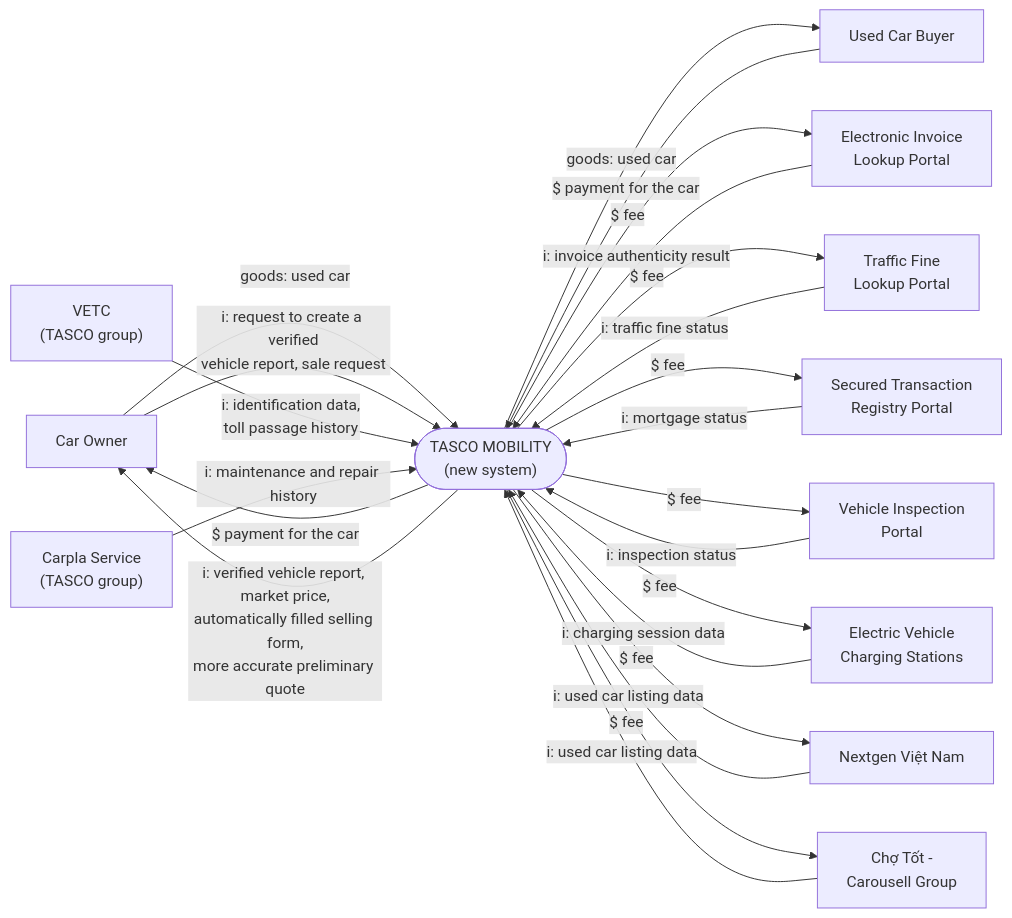
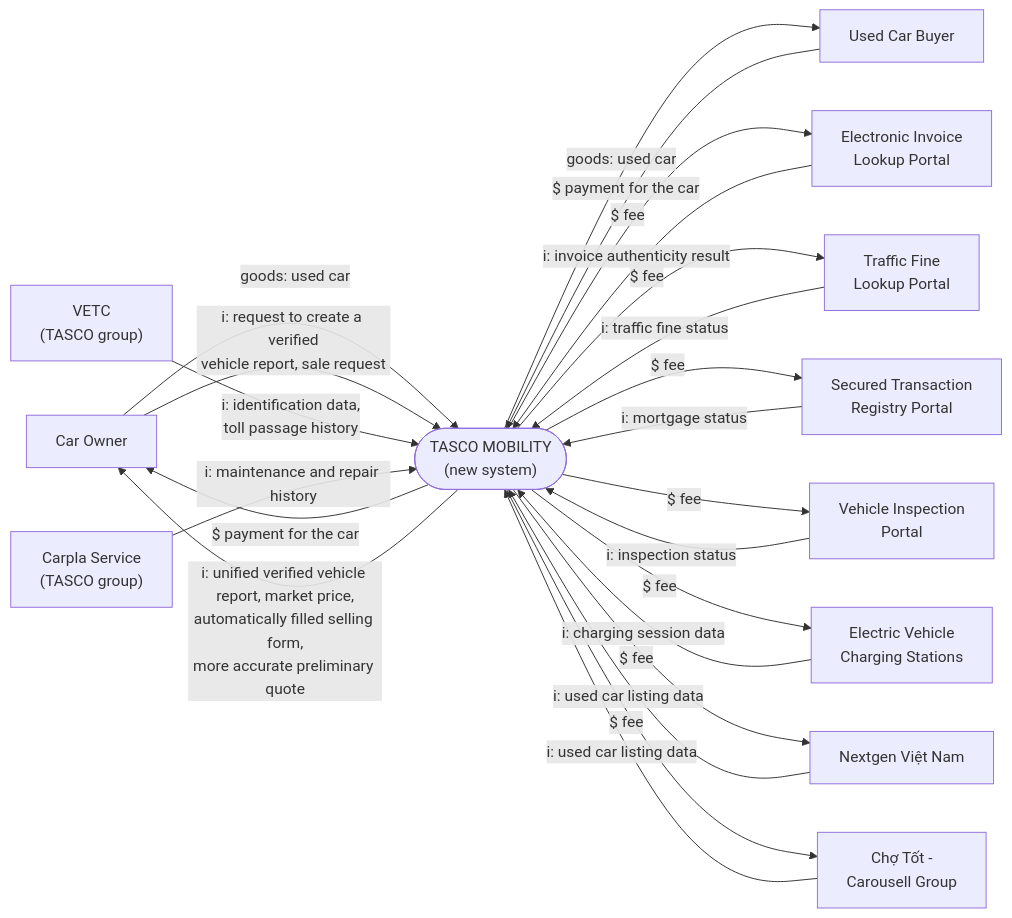
One commit to giangnhk63db/DBIZ-2_GROUP-A changed the second of 2 diagrams in Context/CVCA.md. Above: the diagram before and after it, drawn with Mermaid. The commit also changed other lines of this file, not shown here.

````diff
--- a/Context/CVCA.md
+++ b/Context/CVCA.md
@@ -42,38 +42,38 @@
 ```mermaid
 flowchart LR
   CO["Car Owner"]
   BUYER["Used Car Buyer"]
   VETC["VETC<br>(TASCO group)"]
   CS["Carpla Service<br>(TASCO group)"]
   INV["Electronic Invoice<br>Lookup Portal"]
   FINE["Traffic Fine<br>Lookup Portal"]
   REG["Secured Transaction<br>Registry Portal"]
   INSP["Vehicle Inspection<br>Portal"]
   EV["Electric Vehicle<br>Charging Stations"]
   NEXT["Nextgen Việt Nam"]
   CHO["Chợ Tốt -<br>Carousell Group"]
   MOB(["TASCO MOBILITY<br>(new system)"])
 
   CO -->|"goods: used car"| MOB
   MOB -->|"goods: used car"| BUYER
   BUYER -->|"$ payment for the car"| MOB
   MOB -->|"$ payment for the car"| CO
   CO -->|"i: request to create a verified<br>vehicle report, sale request"| MOB
-  MOB -->|"i: verified vehicle report, market price,<br>automatically filled selling form,<br>more accurate preliminary quote"| CO
+  MOB -->|"i: unified verified vehicle report, market price,<br>automatically filled selling form,<br>more accurate preliminary quote"| CO
   VETC -->|"i: identification data,<br>toll passage history"| MOB
   CS -->|"i: maintenance and repair history"| MOB
   EV -->|"i: charging session data"| MOB
   NEXT -->|"i: used car listing data"| MOB
   CHO -->|"i: used car listing data"| MOB
   INV -->|"i: invoice authenticity result"| MOB
   FINE -->|"i: traffic fine status"| MOB
   REG -->|"i: mortgage status"| MOB
   INSP -->|"i: inspection status"| MOB
   MOB -->|"$ fee"| INV
   MOB -->|"$ fee"| FINE
   MOB -->|"$ fee"| REG
   MOB -->|"$ fee"| INSP
   MOB -->|"$ fee"| EV
   MOB -->|"$ fee"| NEXT
   MOB -->|"$ fee"| CHO
 ```
````
